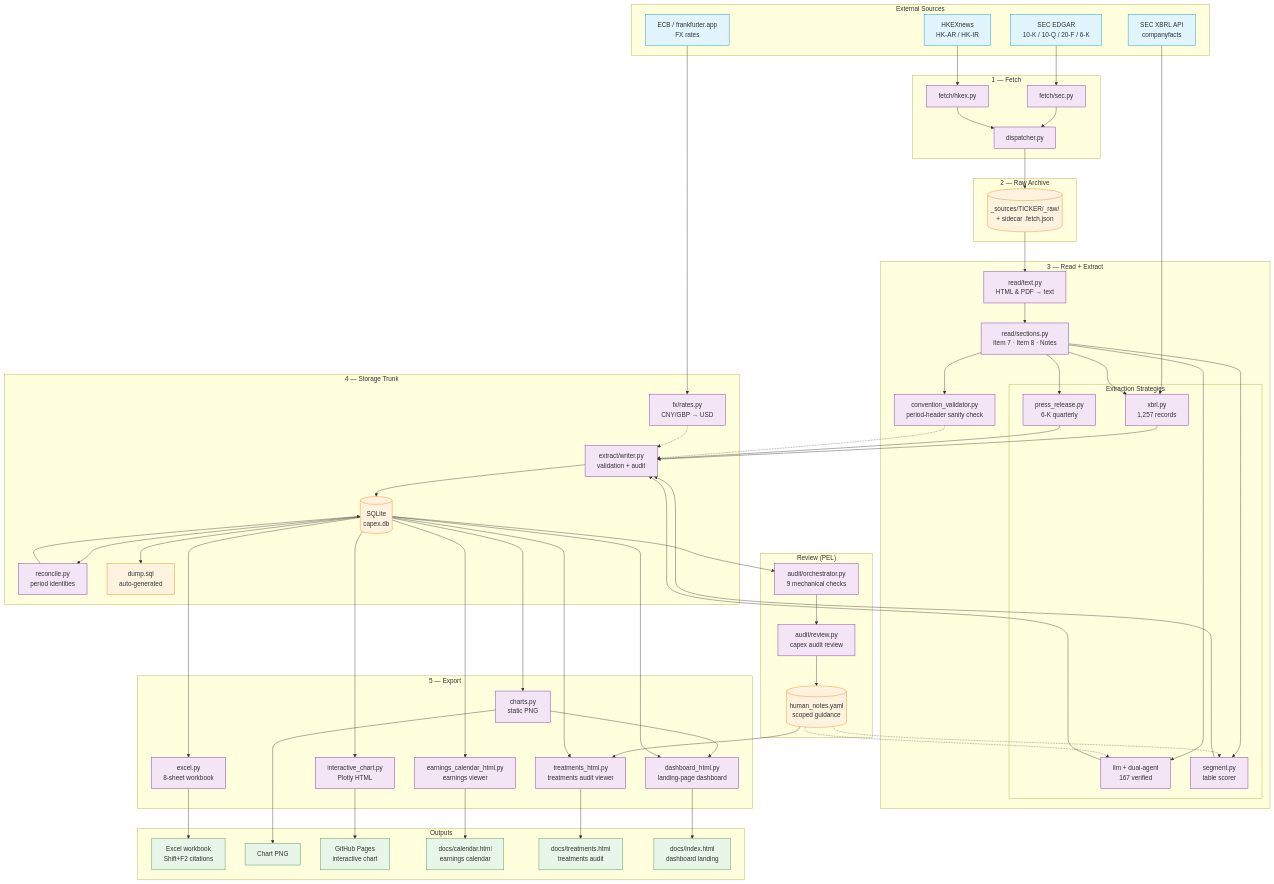
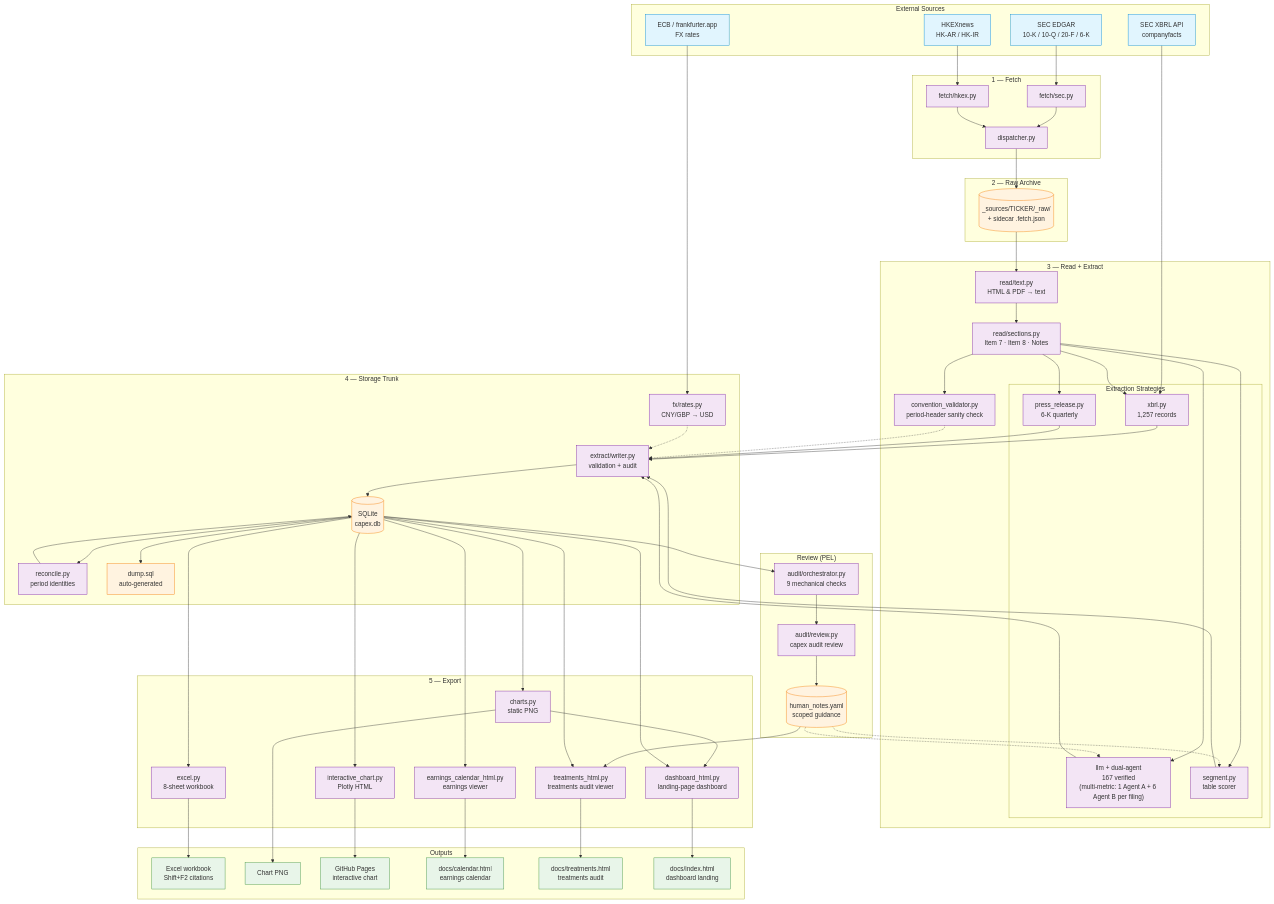
The second of 2 diagrams in README.md (KKKKKKAI/neocloud-capex-tracker), drawn with Mermaid before and after one commit. The commit also changed other lines of this file and 9 other files, not shown here.

```diff
--- a/README.md
+++ b/README.md
@@ -88,7 +88,7 @@
 
         subgraph Extractors["Extraction Strategies"]
             EX_XBRL["xbrl.py\n1,257 records"]
-            EX_LLM["llm + dual-agent\n167 verified"]
+            EX_LLM["llm + dual-agent\n167 verified\n(multi-metric: 1 Agent A + 6 Agent B per filing)"]
             EX_SEG["segment.py\ntable scorer"]
             EX_6K["press_release.py\n6-K quarterly"]
         end
```
